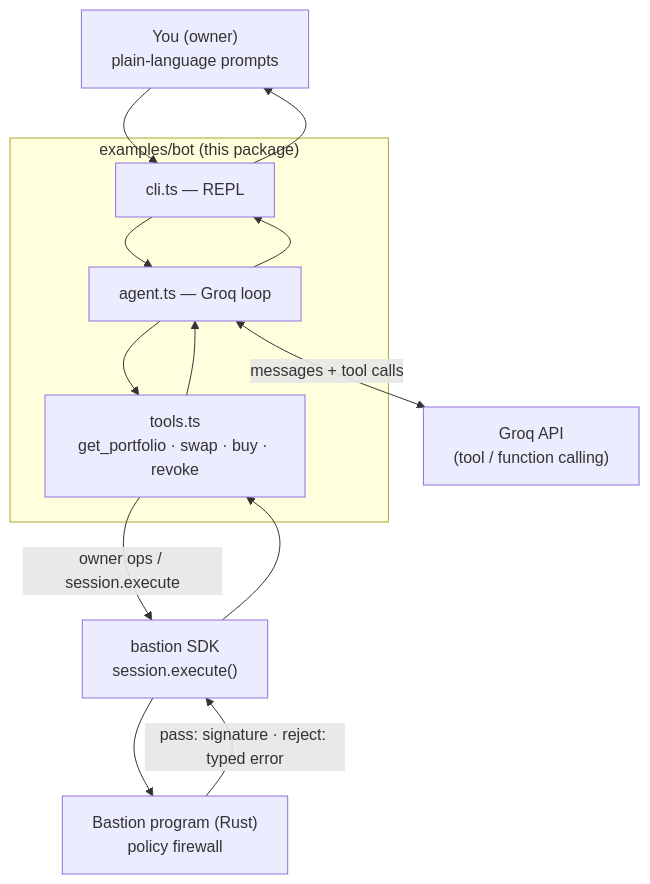
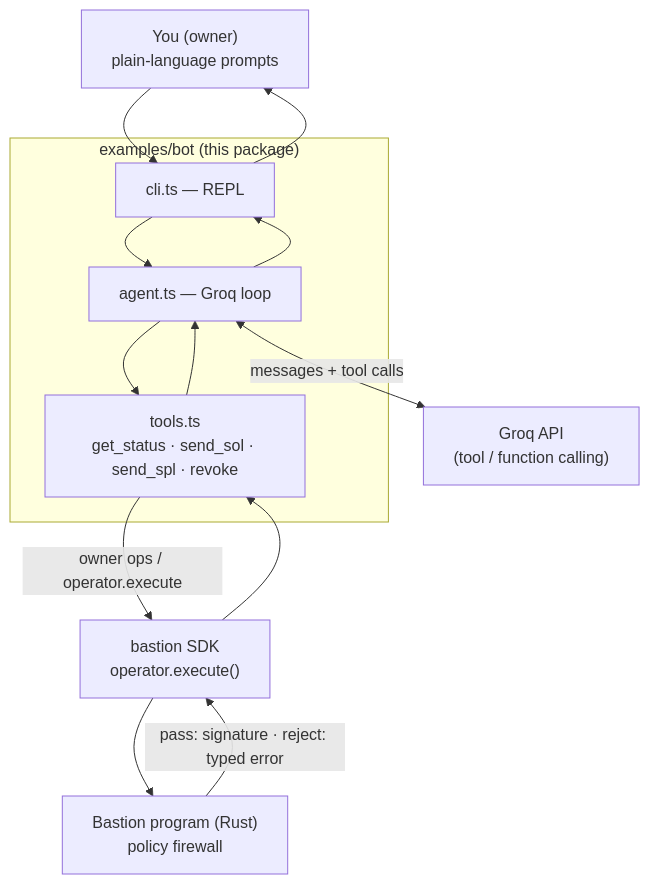
The first of 2 diagrams in examples/bot/README.md (rit3sh-x/bastion), drawn with Mermaid before and after one commit. The commit also changed other lines of this file and 15 other files, not shown here.

````diff
--- a/examples/bot/README.md
+++ b/examples/bot/README.md
@@ -9,20 +47,20 @@
 ```mermaid
 flowchart TB
     User["You (owner)<br/>plain-language prompts"]
     subgraph CLI["examples/bot (this package)"]
         REPL["cli.ts — REPL"]
         Agent["agent.ts — Groq loop"]
-        Tools["tools.ts<br/>get_portfolio · swap · buy · revoke"]
+        Tools["tools.ts<br/>get_status · send_sol · send_spl · revoke"]
     end
     Groq["Groq API<br/>(tool / function calling)"]
-    SDK["bastion SDK<br/>session.execute()"]
+    SDK["bastion SDK<br/>operator.execute()"]
     Program["Bastion program (Rust)<br/>policy firewall"]
 
     User --> REPL --> Agent
     Agent <-->|messages + tool calls| Groq
     Agent --> Tools
-    Tools -->|owner ops / session.execute| SDK
+    Tools -->|owner ops / operator.execute| SDK
     SDK --> Program
     Program -->|pass: signature · reject: typed error| SDK
     SDK --> Tools --> Agent --> REPL --> User
 ```
````
